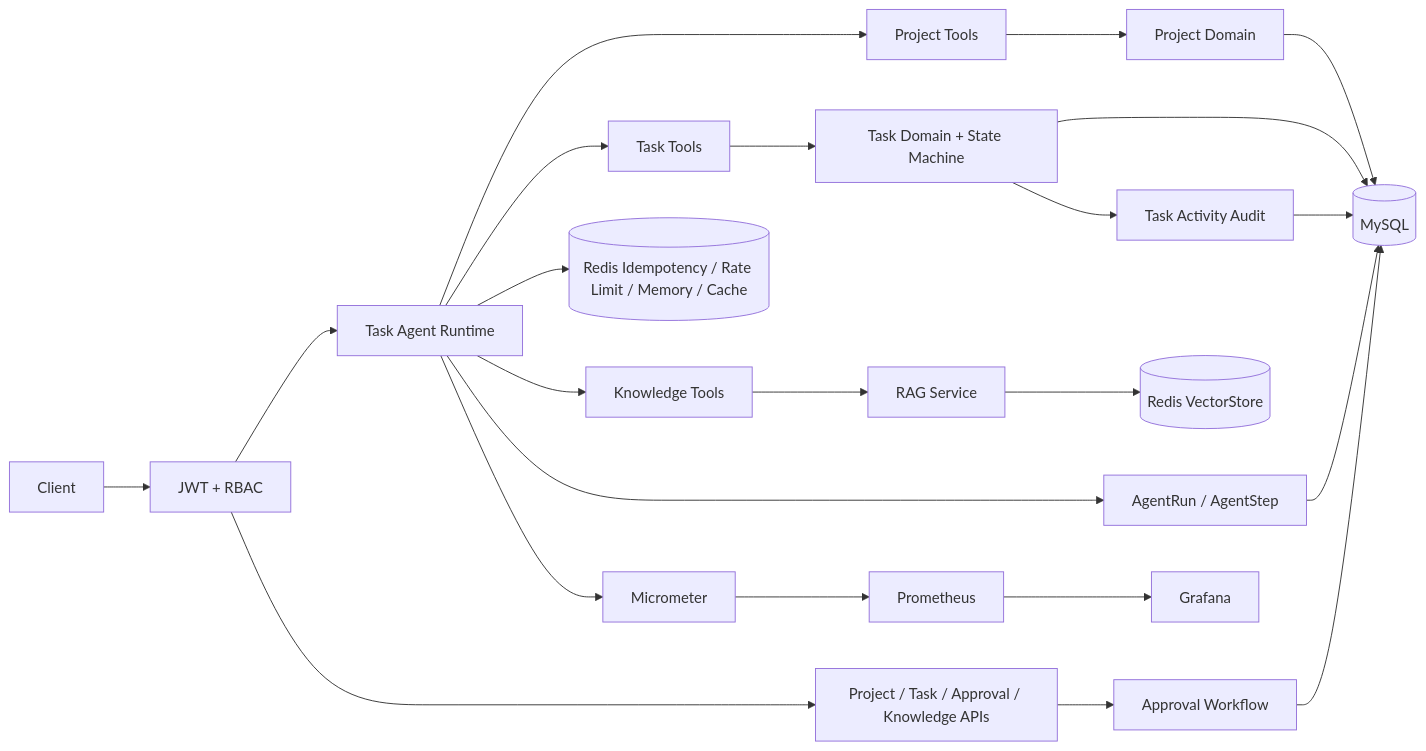
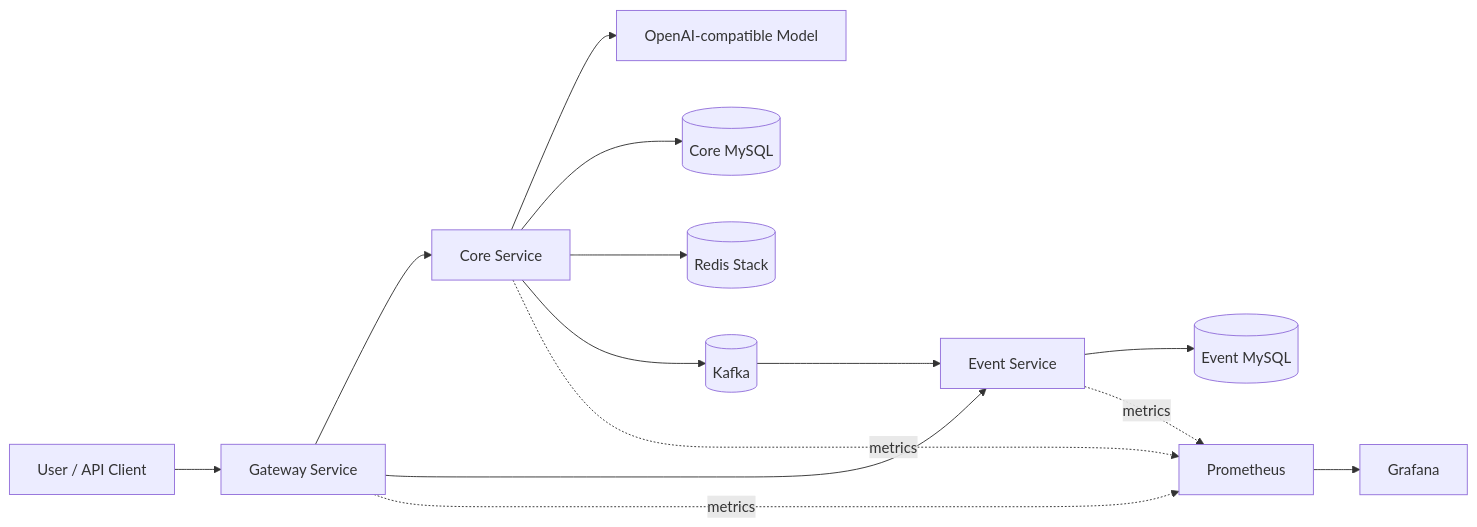
The first of 2 diagrams in docs/ARCHITECTURE.md (pravinkaveya473-sketch/agentflow-enterprise), drawn with Mermaid before and after one commit. The commit also changed other lines of this file and 10 other files, not shown here.

````diff
--- a/docs/ARCHITECTURE.md
+++ b/docs/ARCHITECTURE.md
@@ -3,30 +5,16 @@
 ```mermaid
 flowchart LR
-    Client --> Security[JWT + RBAC]
-    Security --> APIs[Project / Task / Approval / Knowledge APIs]
-    Security --> Agent[Task Agent Runtime]
-
-    Agent --> ProjectTools[Project Tools]
-    Agent --> TaskTools[Task Tools]
-    Agent --> KnowledgeTools[Knowledge Tools]
-
-    ProjectTools --> ProjectDomain[Project Domain]
-    TaskTools --> TaskDomain[Task Domain + State Machine]
-    TaskDomain --> Activity[Task Activity Audit]
-    KnowledgeTools --> RAG[RAG Service]
-
-    ProjectDomain --> MySQL[(MySQL)]
-    TaskDomain --> MySQL
-    Activity --> MySQL
-    Agent --> RunAudit[AgentRun / AgentStep]
-    RunAudit --> MySQL
-
-    Agent --> Redis[(Redis Idempotency / Rate Limit / Memory / Cache)]
-    RAG --> Vector[(Redis VectorStore)]
-
-    APIs --> Approval[Approval Workflow]
-    Approval --> MySQL
-
-    Agent --> Metrics[Micrometer]
-    Metrics --> Prometheus --> Grafana
+    USER[User / API Client] --> GW[Gateway Service]
+    GW --> CORE[Core Service]
+    GW --> EVENT[Event Service]
+    CORE --> MODEL[OpenAI-compatible Model]
+    CORE --> MYSQL[(Core MySQL)]
+    CORE --> REDIS[(Redis Stack)]
+    CORE --> KAFKA[(Kafka)]
+    KAFKA --> EVENT
+    EVENT --> EVENTDB[(Event MySQL)]
+    GW -. metrics .-> PROM[Prometheus]
+    CORE -. metrics .-> PROM
+    EVENT -. metrics .-> PROM
+    PROM --> GRAFANA[Grafana]
 ```
````
